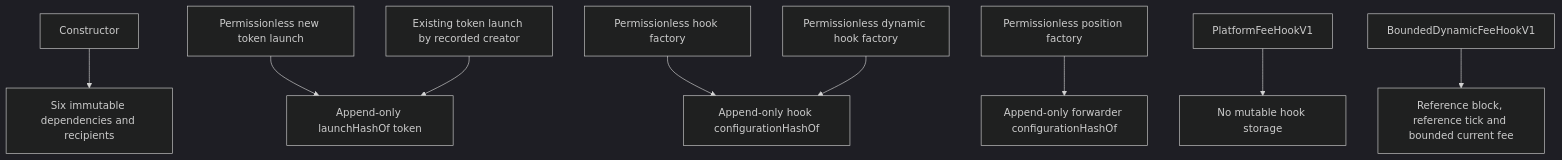
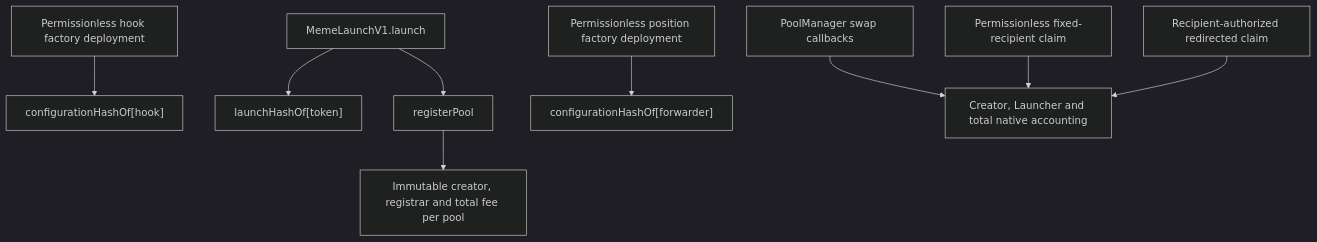
One commit to 0xprogrammable/PROGRAMMABLE changed the diagram in contracts/security/diagrams/state-authorization.md. Above: the diagram before and after it, drawn with Mermaid (dark theme). The commit also changed other lines of this file and 44 other files, not shown here.

````diff
--- a/contracts/security/diagrams/state-authorization.md
+++ b/contracts/security/diagrams/state-authorization.md
@@ -9,26 +3,24 @@
 ```mermaid
 flowchart TD
-    Constructor[Constructor]
-    Immutables[Six immutable dependencies and recipients]
-    NewLaunch[Permissionless new token launch]
-    ExistingLaunch[Existing token launch by recorded creator]
-    LaunchHash[Append-only launchHashOf token]
-    HookFactory[Permissionless hook factory]
-    DynamicHookFactory[Permissionless dynamic hook factory]
-    HookRecord[Append-only hook configurationHashOf]
-    PositionFactory[Permissionless position factory]
-    PositionRecord[Append-only forwarder configurationHashOf]
-    Hook[PlatformFeeHookV1]
-    DynamicHook[BoundedDynamicFeeHookV1]
-    NoStorage[No mutable hook storage]
-    BoundedState[Reference block, reference tick and bounded current fee]
+    Launch["MemeLaunchV1.launch"]
+    LaunchHash["launchHashOf[token]"]
+    HookFactory["Permissionless hook factory deployment"]
+    HookRecord["configurationHashOf[hook]"]
+    PositionFactory["Permissionless position factory deployment"]
+    PositionRecord["configurationHashOf[forwarder]"]
+    PoolRegistration["registerPool"]
+    PoolConfig["Immutable creator, registrar and total fee per pool"]
+    SwapCallbacks["PoolManager swap callbacks"]
+    FeeAccounting["Creator, Launcher and total native accounting"]
+    StandardClaim["Permissionless fixed-recipient claim"]
+    RedirectClaim["Recipient-authorized redirected claim"]
 
-    Constructor --> Immutables
-    NewLaunch --> LaunchHash
-    ExistingLaunch --> LaunchHash
+    Launch --> LaunchHash
     HookFactory --> HookRecord
-    DynamicHookFactory --> HookRecord
     PositionFactory --> PositionRecord
-    Hook --> NoStorage
-    DynamicHook --> BoundedState
+    Launch --> PoolRegistration
+    PoolRegistration --> PoolConfig
+    SwapCallbacks --> FeeAccounting
+    StandardClaim --> FeeAccounting
+    RedirectClaim --> FeeAccounting
 ```
````
